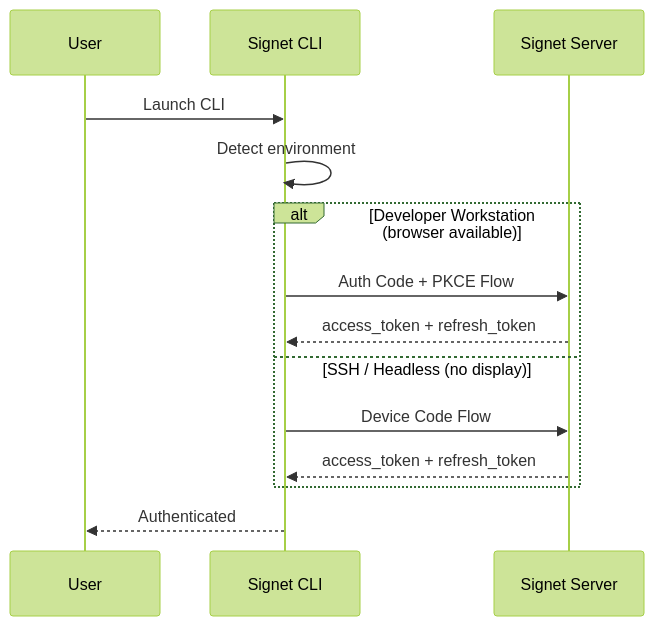
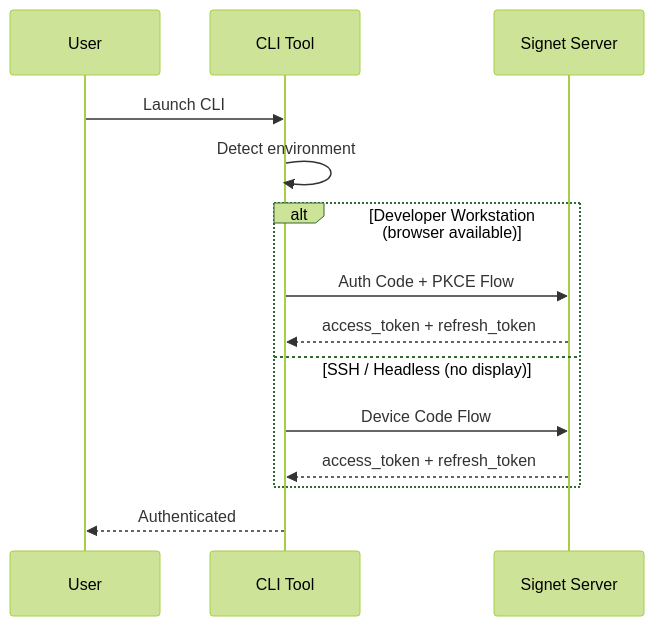
Before and after one commit to go-signet/.github: the fifth of 10 diagrams in profile/README.md, drawn with Mermaid (forest theme). The commit also changed other lines of this file, not shown here.

Commit message:
docs(profile): drop smart CLI mentions from intro and use case diagram

````diff
--- a/profile/README.md
+++ b/profile/README.md
@@ -210,17 +210,17 @@
 ```mermaid
 sequenceDiagram
     participant User   as User
-    participant CLI    as Signet CLI
+    participant CLI    as CLI Tool
     participant Server as Signet Server
 
     User->>CLI: Launch CLI
     CLI->>CLI: Detect environment
     alt Developer Workstation (browser available)
         CLI->>Server: Auth Code + PKCE Flow
         Server-->>CLI: access_token + refresh_token
     else SSH / Headless (no display)
         CLI->>Server: Device Code Flow
         Server-->>CLI: access_token + refresh_token
     end
     CLI-->>User: Authenticated
 ```
````
